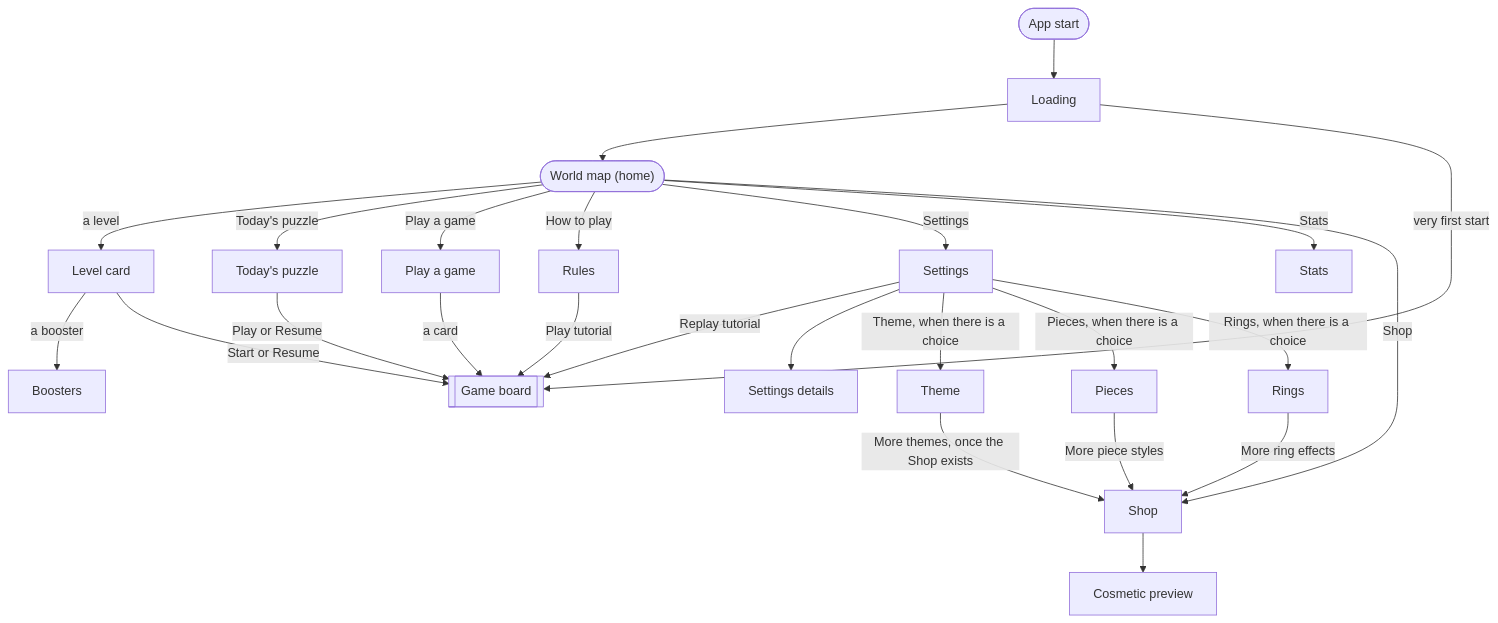
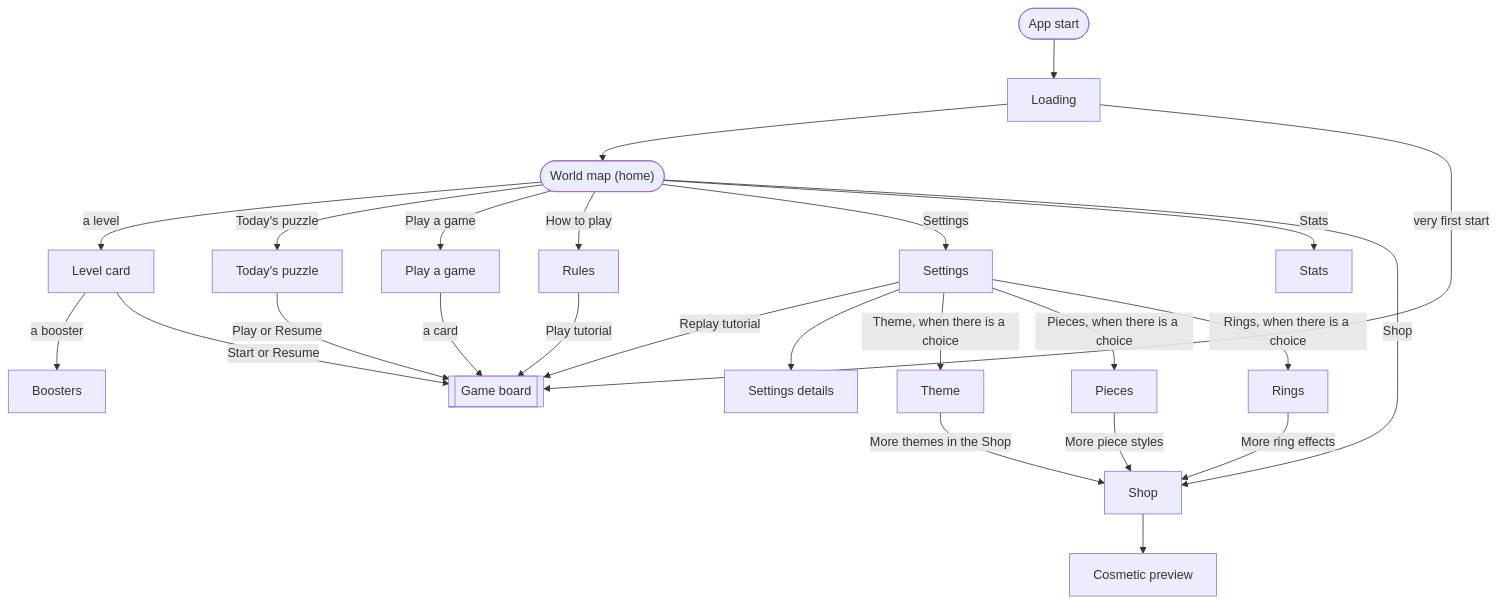
One commit to Pavelya/dots changed the first of 3 diagrams in docs/design/flows.md. Above: the diagram before and after it, drawn with Mermaid. The commit also changed other lines of this file and 67 other files, not shown here.

````diff
--- a/docs/design/flows.md
+++ b/docs/design/flows.md
@@ -33,46 +33,46 @@
 ```mermaid
 flowchart TD
     start(["App start"])
     loading["Loading"]
     map(["World map (home)"])
     card["Level card"]
     boosters["Boosters"]
     daily["Today's puzzle"]
     play["Play a game"]
     rules["Rules"]
     settings["Settings"]
     details["Settings details"]
     theme["Theme"]
     pieces["Pieces"]
     rings["Rings"]
     stats["Stats"]
     shop["Shop"]
     preview["Cosmetic preview"]
     board[["Game board"]]
 
     start --> loading
     loading --> map
     loading -->|"very first start"| board
     map -->|"a level"| card
     map -->|"Today's puzzle"| daily
     map -->|"Play a game"| play
     map -->|"How to play"| rules
     map -->|"Settings"| settings
     map -->|"Stats"| stats
     map -->|"Shop"| shop
 
     card -->|"a booster"| boosters
     card -->|"Start or Resume"| board
     daily -->|"Play or Resume"| board
     play -->|"a card"| board
     rules -->|"Play tutorial"| board
     settings -->|"Replay tutorial"| board
     settings --> details
     settings -->|"Theme, when there is a choice"| theme
-    theme -->|"More themes, once the Shop exists"| shop
+    theme -->|"More themes in the Shop"| shop
     settings -->|"Pieces, when there is a choice"| pieces
     settings -->|"Rings, when there is a choice"| rings
     pieces -->|"More piece styles"| shop
     rings -->|"More ring effects"| shop
     shop --> preview
 ```
````
